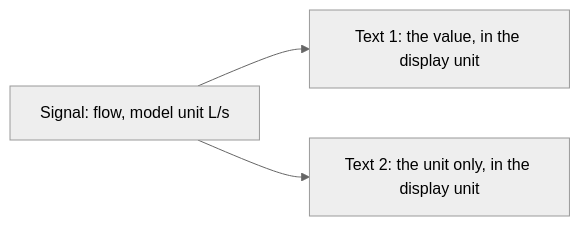
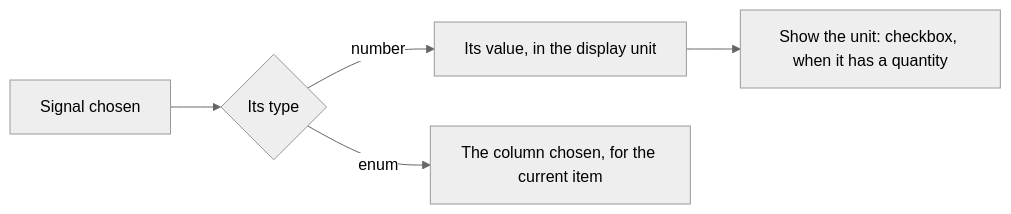
Before and after one commit to AlexandreGallais/synoptic-studio-spec: the second of 4 diagrams in symbols/08-animation-mode/README.md, drawn with Mermaid (neutral theme). The commit also changed other lines of this file and 5 other files, not shown here.

First line of the commit message:
docs(animation): settle the v1 animations and the text linked to a signal

````diff
--- a/symbols/08-animation-mode/README.md
+++ b/symbols/08-animation-mode/README.md
@@ -56,5 +57,7 @@
 ```mermaid
 flowchart LR
-    S["Signal: flow, model unit L/s"] --> V["Text 1: the value, in the display unit"]
-    S --> U["Text 2: the unit only, in the display unit"]
+    S["Signal chosen"] --> N{"Its type"}
+    N -->|"number"| V["Its value, in the display unit"]
+    V --> U["Show the unit: checkbox, when it has a quantity"]
+    N -->|"enum"| C["The column chosen, for the current item"]
 ```
````
